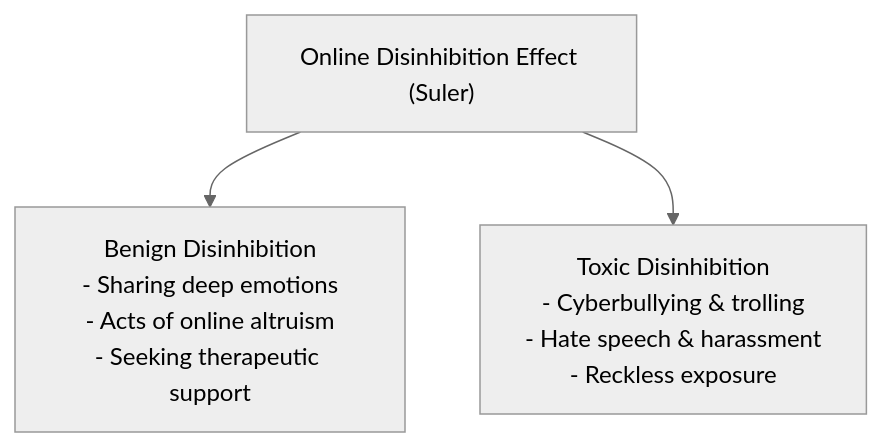
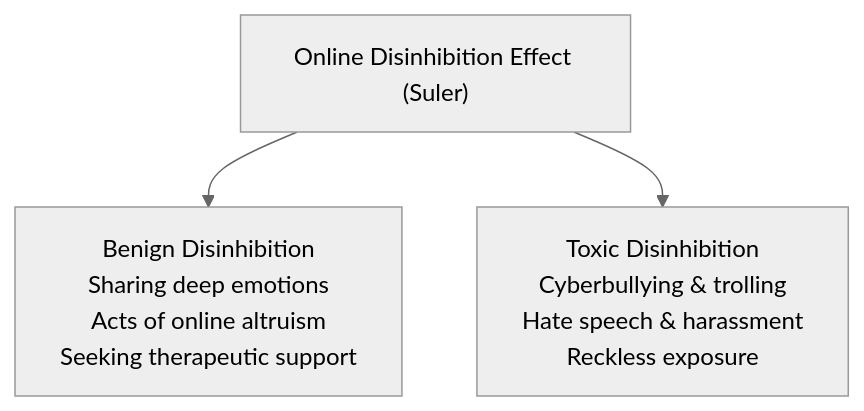
One commit to aidocmr/learn-bscs changed the third of 3 diagrams in content/Year 1/Understanding the Self/14. The Digital Self.md. Above: the diagram before and after it, drawn with Mermaid (neutral theme). The commit also changed other lines of this file and 20 other files, not shown here.

First line of the commit message:
fix: Remove markdown lists and numbered prefixes from all Mermaid diagrams

````diff
--- a/content/Year 1/Understanding the Self/14. The Digital Self.md
+++ b/content/Year 1/Understanding the Self/14. The Digital Self.md
@@ -41,5 +41,5 @@
 ```mermaid
 graph TD
-    ODE["Online Disinhibition Effect (Suler)"] --> Benign["Benign Disinhibition<br/>- Sharing deep emotions<br/>- Acts of online altruism<br/>- Seeking therapeutic support"]
-    ODE --> Toxic["Toxic Disinhibition<br/>- Cyberbullying & trolling<br/>- Hate speech & harassment<br/>- Reckless exposure"]
+    ODE["Online Disinhibition Effect (Suler)"] --> Benign["Benign Disinhibition<br/>Sharing deep emotions<br/>Acts of online altruism<br/>Seeking therapeutic support"]
+    ODE --> Toxic["Toxic Disinhibition<br/>Cyberbullying & trolling<br/>Hate speech & harassment<br/>Reckless exposure"]
 ```
````
